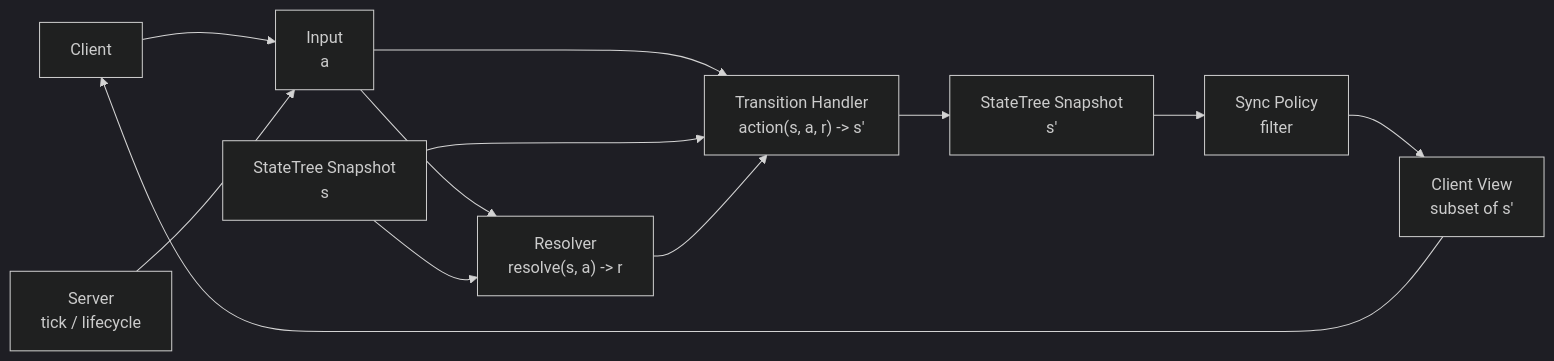
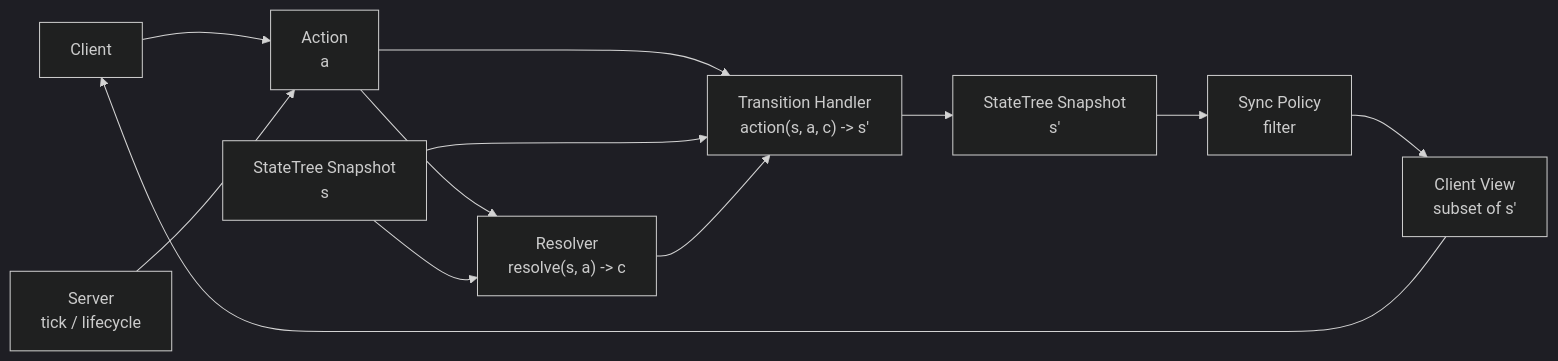
The first of 2 diagrams in deep-research/emse-artifacts/SECTION3_DRAFT.md (gmliao/swift-state-tree), drawn with Mermaid (dark theme) before and after one commit. The commit also changed other lines of this file and 1 other file, not shown here.

````diff
--- a/deep-research/emse-artifacts/SECTION3_DRAFT.md
+++ b/deep-research/emse-artifacts/SECTION3_DRAFT.md
@@ -13,26 +13,26 @@
 ```mermaid
 flowchart LR
   %% Programming model (language-agnostic)
 
   C["Client"]
   Srv["Server<br/>tick / lifecycle"]
-  I["Input<br/>a"]
+  I["Action<br/>a"]
 
   S0["StateTree Snapshot<br/>s"]
-  R["Resolver<br/>resolve(s, a) -> r"]
-  A["Transition Handler<br/>action(s, a, r) -> s'"]
+  R["Resolver<br/>resolve(s, a) -> c"]
+  A["Transition Handler<br/>action(s, a, c) -> s'"]
   S1["StateTree Snapshot<br/>s'"]
 
   C --> I
   Srv --> I
   I --> R
   S0 --> R
   I --> A
   S0 --> A
   R --> A
   A --> S1
 
   P["Sync Policy<br/>filter"]
   V["Client View<br/>subset of s'"]
   S1 --> P --> V --> C
 ```
````
